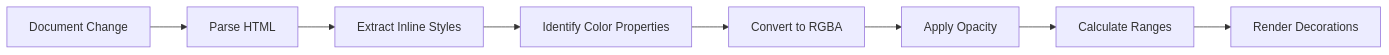
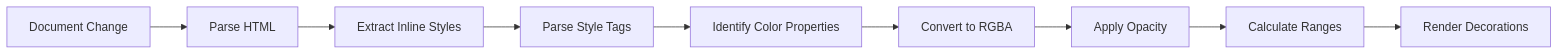
Before and after one commit to DotJumpDot/ColorFlow: the diagram in README.md, drawn with Mermaid. The commit also changed other lines of this file and 14 other files, not shown here.

````diff
--- a/README.md
+++ b/README.md
@@ -250,10 +268,11 @@
 ```mermaid
 graph LR
     A[Document Change] --> B[Parse HTML]
     B --> C[Extract Inline Styles]
-    C --> D[Identify Color Properties]
-    D --> E[Convert to RGBA]
-    E --> F[Apply Opacity]
-    F --> G[Calculate Ranges]
-    G --> H[Render Decorations]
+    C --> D[Parse Style Tags]
+    D --> E[Identify Color Properties]
+    E --> F[Convert to RGBA]
+    F --> G[Apply Opacity]
+    G --> H[Calculate Ranges]
+    H --> I[Render Decorations]
 ```
````
